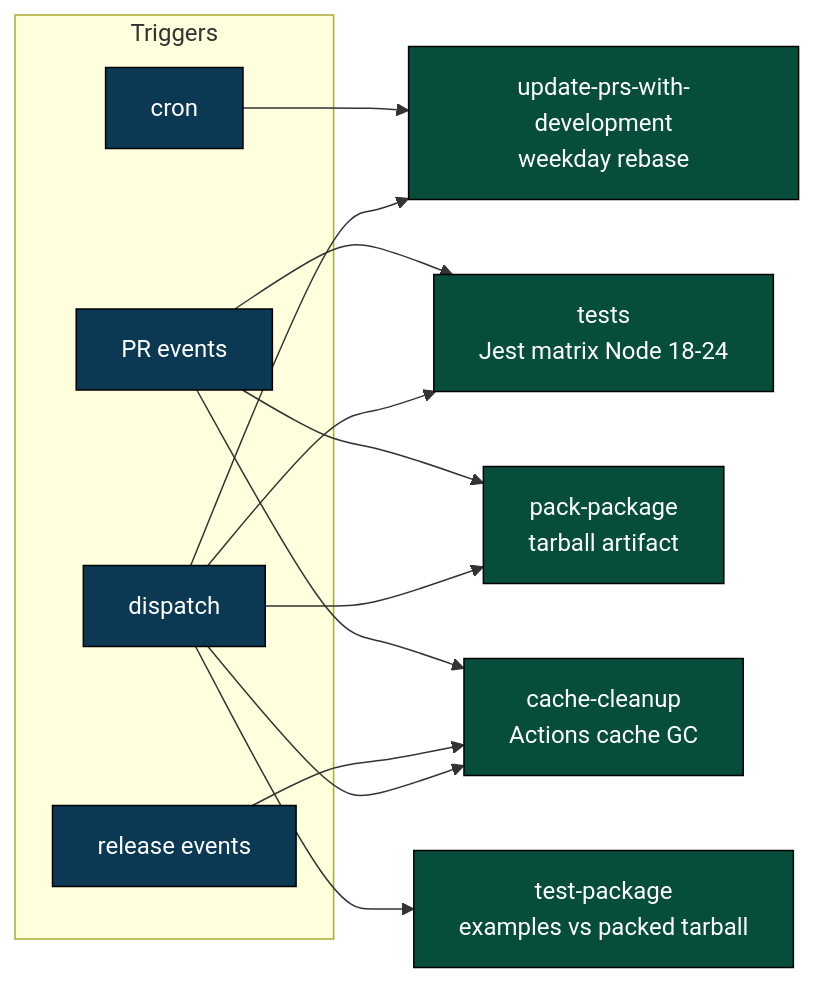
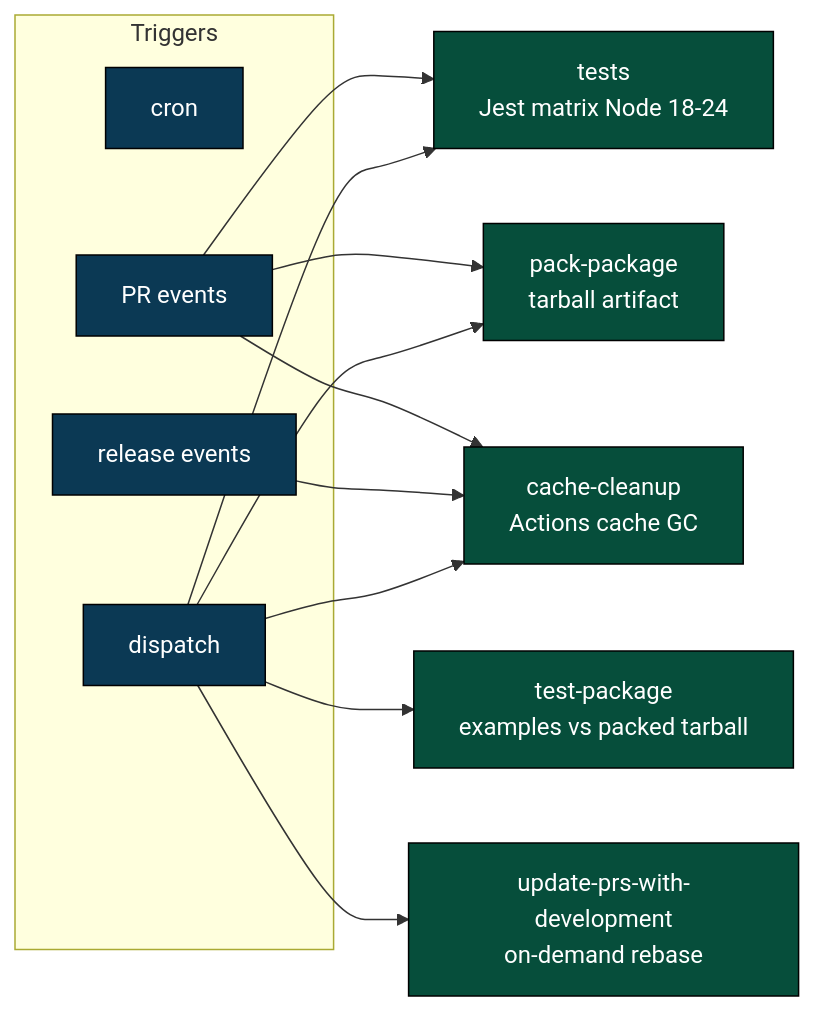
Before and after one commit to gregreindel/llm-exe: the fourth of 16 diagrams in .github/docs/WORKFLOW_ARCHITECTURE.md, drawn with Mermaid. The commit also changed other lines of this file and 5 other files, not shown here.

````diff
--- a/.github/docs/WORKFLOW_ARCHITECTURE.md
+++ b/.github/docs/WORKFLOW_ARCHITECTURE.md
@@ -138,29 +141,28 @@
 ```mermaid
 flowchart LR
     classDef trig fill:#0b3954,color:#fff,stroke:#000
     classDef job fill:#064e3b,color:#fff,stroke:#000
 
     subgraph T["Triggers"]
         c[cron]:::trig
         p[PR events]:::trig
         r[release events]:::trig
         d[dispatch]:::trig
     end
 
     T1["tests<br/>Jest matrix Node 18-24"]:::job
     T2["test-package<br/>examples vs packed tarball"]:::job
     T3["pack-package<br/>tarball artifact"]:::job
     T4["cache-cleanup<br/>Actions cache GC"]:::job
-    T5["update-prs-with-development<br/>weekday rebase"]:::job
+    T5["update-prs-with-development<br/>on-demand rebase"]:::job
 
     p --> T1
     p --> T3
     p --> T4
     r --> T4
-    c --> T5
     d --> T2
     d --> T1
     d --> T3
     d --> T4
     d --> T5
 ```
````
